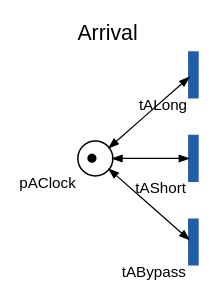
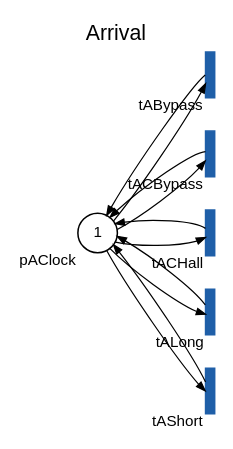
One commit to DanyGoT/DAT530-Project changed the diagram in figures/nets/arrival.dot. Above: the diagram before and after it, drawn with Graphviz. The commit also changed 21 other files, not shown here.

First line of the commit message:
feat(figures): net drawings made from the PDFs (net_dot)

```diff
--- a/figures/nets/arrival.dot
+++ b/figures/nets/arrival.dot
@@ -1,20 +1,24 @@
-// Arrival module (modules/arrival/arrival_pdf.m)
-// Circles: places. Bars: transitions, blue = port. Double-headed arc: the
-// transition takes the token and puts it back (self-loop).
+// Arrival module, made by analysis/net_dot.m from arrival_pdf.m.
 digraph Arrival {
-  rankdir=LR; nodesep=0.35; ranksep=0.7; forcelabels=true;
+  rankdir=LR; nodesep=0.3; ranksep=0.8; forcelabels=true;
   label="Arrival"; labelloc=t; fontname="Helvetica"; fontsize=14;
   node [fontname="Helvetica", fontsize=10, label=""];
   edge [arrowsize=0.6, penwidth=0.8];
-
-  node [shape=circle, fixedsize=true, width=0.32];
-  pAClock [xlabel="pAClock", label=<<font point-size="14">●</font>>];
-
-  node [shape=box, style=filled, fixedsize=true, width=0.08, height=0.42,
-        color="#1f5fa8", fillcolor="#1f5fa8"];
-  { rank=max; tALong [xlabel="tALong"]; tAShort [xlabel="tAShort"]; tABypass [xlabel="tABypass"]; }
-
-  pAClock -> tALong   [dir=both];
-  pAClock -> tAShort  [dir=both];
-  pAClock -> tABypass [dir=both];
+  "tABypass" [shape=box, style=filled, fixedsize=true, width=0.08, height=0.42, color="#1f5fa8", fillcolor="#1f5fa8", xlabel="tABypass"];
+  "tACBypass" [shape=box, style=filled, fixedsize=true, width=0.08, height=0.42, color="#1f5fa8", fillcolor="#1f5fa8", xlabel="tACBypass"];
+  "tACHall" [shape=box, style=filled, fixedsize=true, width=0.08, height=0.42, color="#1f5fa8", fillcolor="#1f5fa8", xlabel="tACHall"];
+  "tALong" [shape=box, style=filled, fixedsize=true, width=0.08, height=0.42, color="#1f5fa8", fillcolor="#1f5fa8", xlabel="tALong"];
+  "tAShort" [shape=box, style=filled, fixedsize=true, width=0.08, height=0.42, color="#1f5fa8", fillcolor="#1f5fa8", xlabel="tAShort"];
+  { rank=max; "tALong"; "tAShort"; "tABypass"; "tACHall"; "tACBypass";  }
+  "pAClock" [shape=circle, fixedsize=true, width=0.36, xlabel="pAClock", label="1"];
+  "pAClock" -> "tALong";
+  "tALong" -> "pAClock";
+  "pAClock" -> "tAShort";
+  "tAShort" -> "pAClock";
+  "pAClock" -> "tABypass";
+  "tABypass" -> "pAClock";
+  "pAClock" -> "tACHall";
+  "tACHall" -> "pAClock";
+  "pAClock" -> "tACBypass";
+  "tACBypass" -> "pAClock";
 }
```
